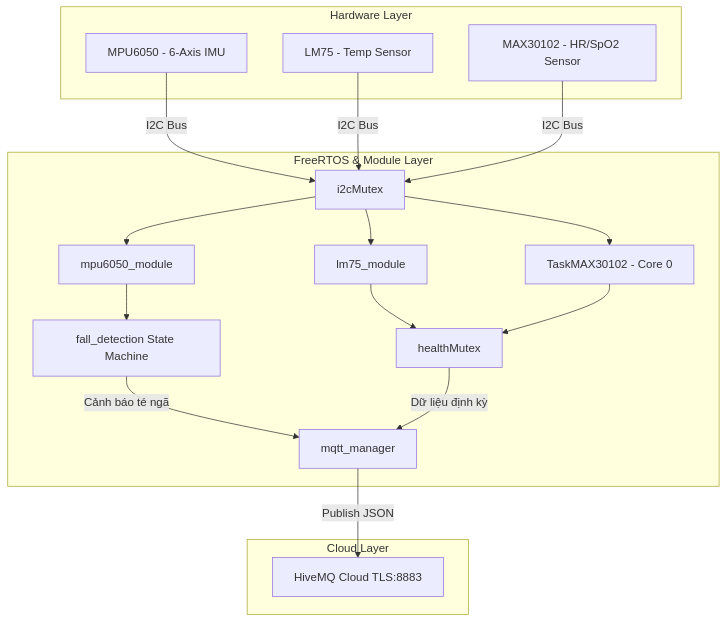
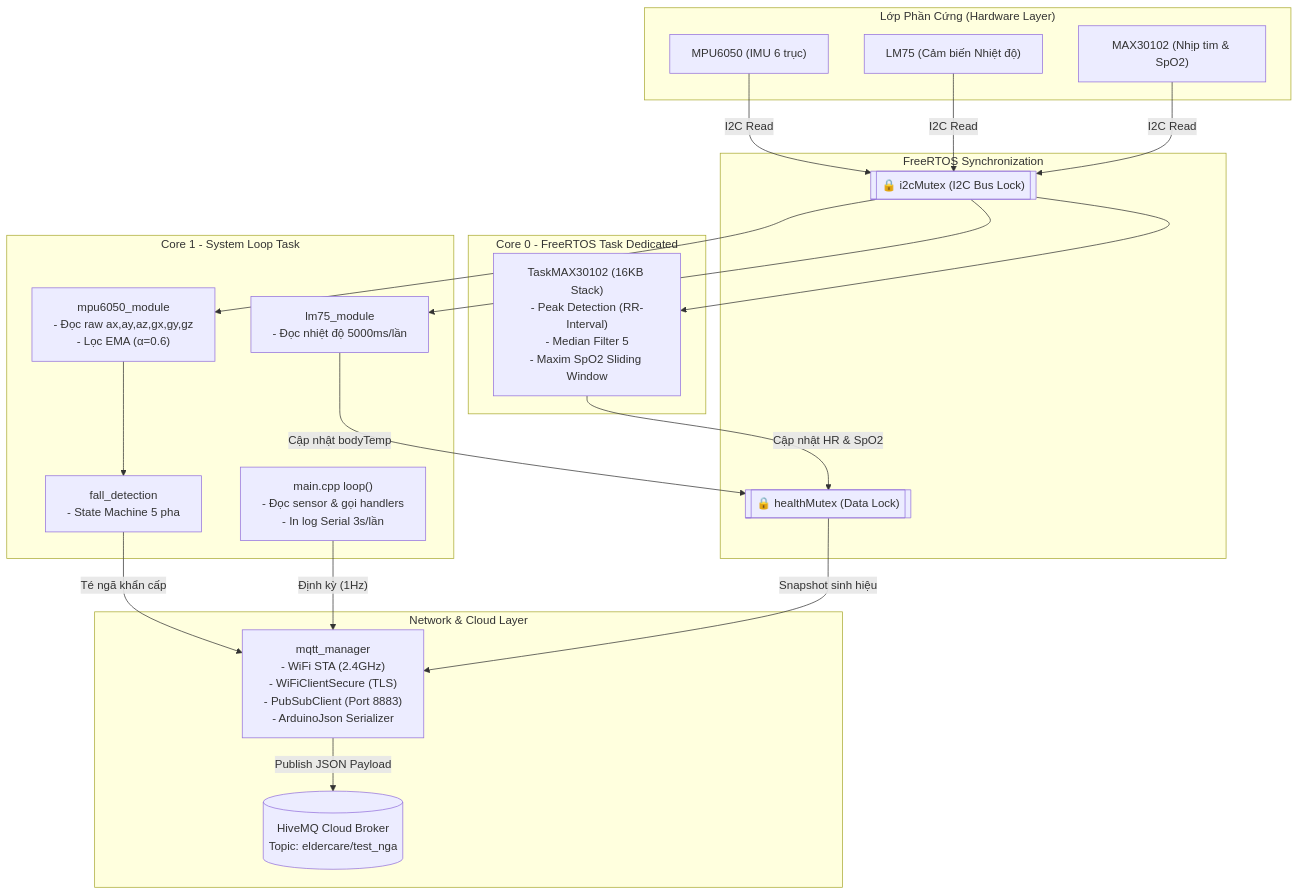
One commit to ninht365/ESP32-Fall-Detection-IoT changed the second of 2 diagrams in README.md. Above: the diagram before and after it, drawn with Mermaid. The commit also changed other lines of this file, not shown here.

Commit message:
Docs: Update README with comprehensive technical documentation and system diagrams

````diff
--- a/README.md
+++ b/README.md
@@ -46,36 +152,44 @@
 ```mermaid
 flowchart TD
-    subgraph Hardware Layer
-        MPU[MPU6050 - 6-Axis IMU]
-        LM75[LM75 - Temp Sensor]
-        MAX[MAX30102 - HR/SpO2 Sensor]
+    subgraph Hardware ["Lớp Phần Cứng (Hardware Layer)"]
+        MPU["MPU6050 (IMU 6 trục)"]
+        LM75["LM75 (Cảm biến Nhiệt độ)"]
+        MAX["MAX30102 (Nhịp tim & SpO2)"]
     end
 
-    subgraph FreeRTOS & Module Layer
-        I2C_MUTEX[i2cMutex]
-        HEALTH_MUTEX[healthMutex]
-        
-        MPU_MOD[mpu6050_module]
-        LM75_MOD[lm75_module]
-        MAX_TASK[TaskMAX30102 - Core 0]
-        FALL_MOD[fall_detection State Machine]
-        MQTT_MOD[mqtt_manager]
+    subgraph Synchronization ["FreeRTOS Synchronization"]
+        I2C_MUTEX[["🔒 i2cMutex (I2C Bus Lock)"]]
+        HEALTH_MUTEX[["🔒 healthMutex (Data Lock)"]]
     end
 
-    subgraph Cloud Layer
-        MQTT_BROKER[HiveMQ Cloud TLS:8883]
+    subgraph Core0 ["Core 0 - FreeRTOS Task Dedicated"]
+        MAX_TASK["TaskMAX30102 (16KB Stack)\n- Peak Detection (RR-Interval)\n- Median Filter 5\n- Maxim SpO2 Sliding Window"]
     end
 
-    MPU -- I2C Bus --> I2C_MUTEX --> MPU_MOD
-    LM75 -- I2C Bus --> I2C_MUTEX --> LM75_MOD
-    MAX -- I2C Bus --> I2C_MUTEX --> MAX_TASK
+    subgraph Core1 ["Core 1 - System Loop Task"]
+        MPU_MOD["mpu6050_module\n- Đọc raw ax,ay,az,gx,gy,gz\n- Lọc EMA (α=0.6)"]
+        LM75_MOD["lm75_module\n- Đọc nhiệt độ 5000ms/lần"]
+        FALL_MOD["fall_detection\n- State Machine 5 pha"]
+        MAIN_LOOP["main.cpp loop()\n- Đọc sensor & gọi handlers\n- In log Serial 3s/lần"]
+    end
+
+    subgraph Network ["Network & Cloud Layer"]
+        MQTT_MOD["mqtt_manager\n- WiFi STA (2.4GHz)\n- WiFiClientSecure (TLS)\n- PubSubClient (Port 8883)\n- ArduinoJson Serializer"]
+        MQTT_BROKER[("HiveMQ Cloud Broker\nTopic: eldercare/test_nga")]
+    end
+
+    %% Data flow connections
+    MPU -- I2C Read --> I2C_MUTEX --> MPU_MOD
+    LM75 -- I2C Read --> I2C_MUTEX --> LM75_MOD
+    MAX -- I2C Read --> I2C_MUTEX --> MAX_TASK
 
     MPU_MOD --> FALL_MOD
-    LM75_MOD --> HEALTH_MUTEX
-    MAX_TASK --> HEALTH_MUTEX
+    LM75_MOD -- Cập nhật bodyTemp --> HEALTH_MUTEX
+    MAX_TASK -- Cập nhật HR & SpO2 --> HEALTH_MUTEX
 
-    FALL_MOD -- Cảnh báo té ngã --> MQTT_MOD
-    HEALTH_MUTEX -- Dữ liệu định kỳ --> MQTT_MOD
+    FALL_MOD -- Té ngã khẩn cấp --> MQTT_MOD
+    MAIN_LOOP -- Định kỳ (1Hz) --> MQTT_MOD
+    HEALTH_MUTEX -- Snapshot sinh hiệu --> MQTT_MOD
 
-    MQTT_MOD -- Publish JSON --> MQTT_BROKER
+    MQTT_MOD -- Publish JSON Payload --> MQTT_BROKER
 ```
````
